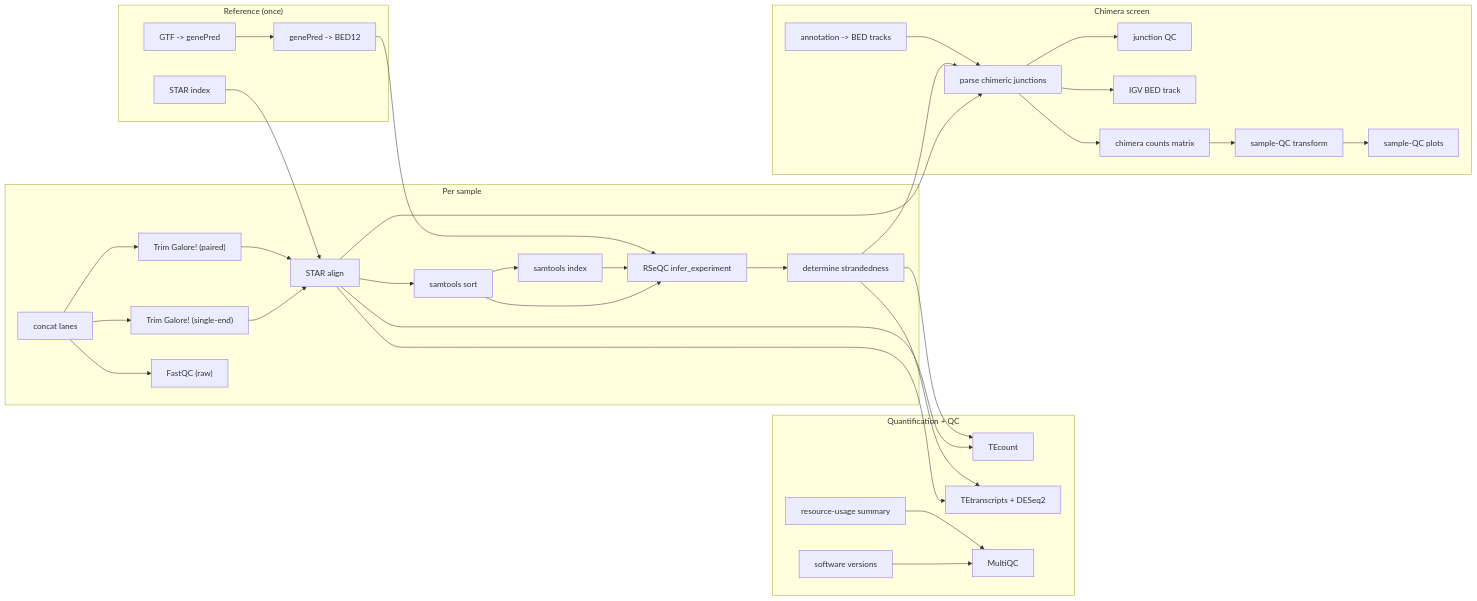
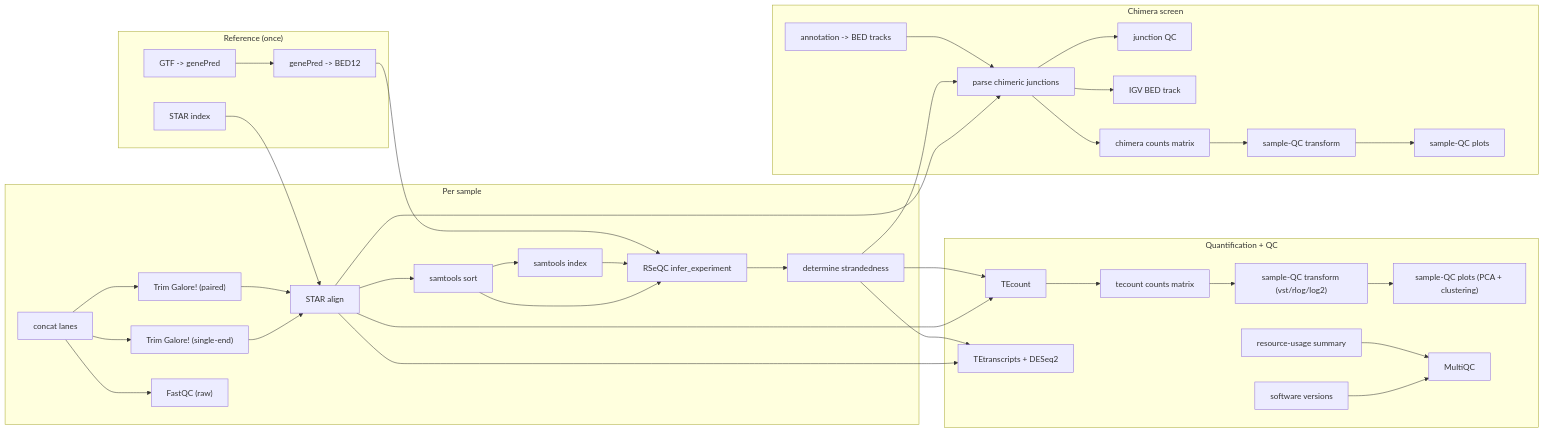
The diagram in README.md (altintasali/TEtranscripts-pipe), drawn with Mermaid before and after one commit. The commit also changed other lines of this file and 15 other files, not shown here.

First line of the commit message:
tecounts sample-QC: PCA + sample clustering (v0.6.0)

````diff
--- a/README.md
+++ b/README.md
@@ -10,62 +10,68 @@
 ```mermaid
 flowchart LR
     subgraph reference_once["Reference (once)"]
         star_index["STAR index"]
         gtf_to_genepred["GTF -> genePred"]
         genepred_to_bed12["genePred -> BED12"]
     end
     subgraph per_sample["Per sample"]
         cat_fastq["concat lanes"]
         trim_galore_pe["Trim Galore! (paired)"]
         trim_galore_se["Trim Galore! (single-end)"]
         star_align["STAR align"]
         samtools_sort["samtools sort"]
         samtools_index["samtools index"]
         fastqc_raw["FastQC (raw)"]
         rseqc_infer_experiment["RSeQC infer_experiment"]
         determine_strandedness["determine strandedness"]
     end
     subgraph quantification_qc["Quantification + QC"]
         tecount["TEcount"]
         tetranscripts_diffexp["TEtranscripts + DESeq2"]
+        tecount_counts["tecount counts matrix"]
+        tecount_qc_transform["sample-QC transform (vst/rlog/log2)"]
+        tecount_qc["sample-QC plots (PCA + clustering)"]
         software_versions["software versions"]
         benchmark_summary["resource-usage summary"]
         multiqc["MultiQC"]
     end
     subgraph chimera_screen["Chimera screen"]
         annotation_to_bed["annotation -> BED tracks"]
         parse_chimeric_junctions["parse chimeric junctions"]
         junction_qc["junction QC"]
         chimera_igv_bed["IGV BED track"]
         chimera_counts["chimera counts matrix"]
         sample_qc_transform["sample-QC transform"]
         sample_qc["sample-QC plots"]
     end
     annotation_to_bed --> parse_chimeric_junctions
     benchmark_summary --> multiqc
     cat_fastq --> fastqc_raw
     cat_fastq --> trim_galore_pe
     cat_fastq --> trim_galore_se
     chimera_counts --> sample_qc_transform
     determine_strandedness --> parse_chimeric_junctions
     determine_strandedness --> tecount
     determine_strandedness --> tetranscripts_diffexp
     genepred_to_bed12 --> rseqc_infer_experiment
     gtf_to_genepred --> genepred_to_bed12
     parse_chimeric_junctions --> chimera_counts
     parse_chimeric_junctions --> chimera_igv_bed
     parse_chimeric_junctions --> junction_qc
     rseqc_infer_experiment --> determine_strandedness
     sample_qc_transform --> sample_qc
     samtools_index --> rseqc_infer_experiment
     samtools_sort --> rseqc_infer_experiment
     samtools_sort --> samtools_index
     software_versions --> multiqc
     star_align --> parse_chimeric_junctions
     star_align --> samtools_sort
     star_align --> tecount
     star_align --> tetranscripts_diffexp
     star_index --> star_align
+    tecount --> tecount_counts
+    tecount_counts --> tecount_qc_transform
+    tecount_qc_transform --> tecount_qc
     trim_galore_pe --> star_align
     trim_galore_se --> star_align
 ```
````
